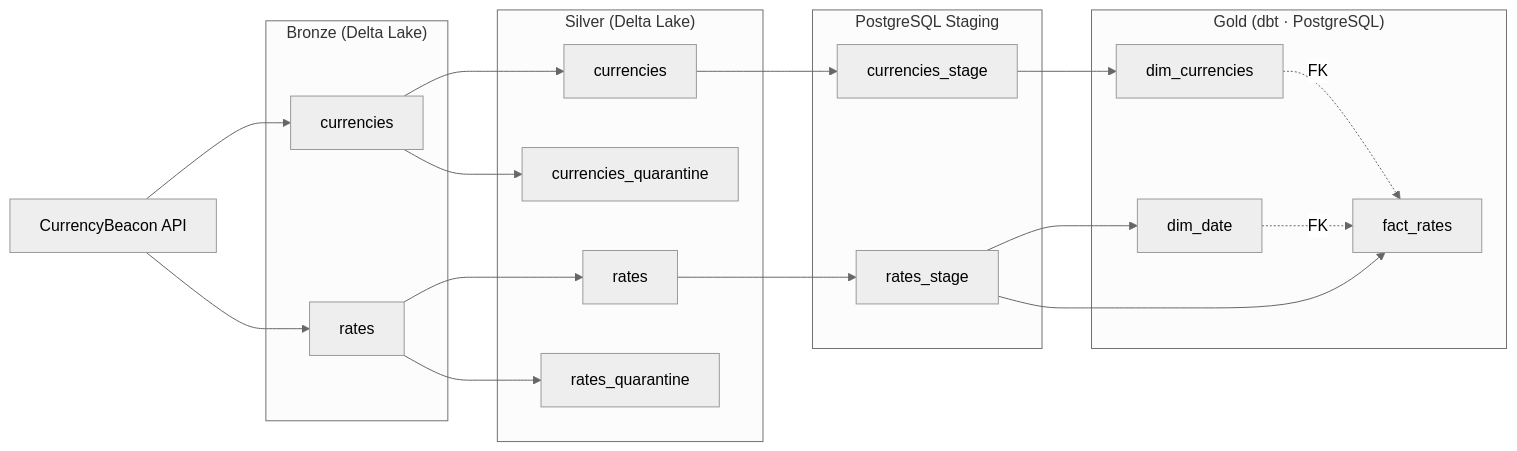
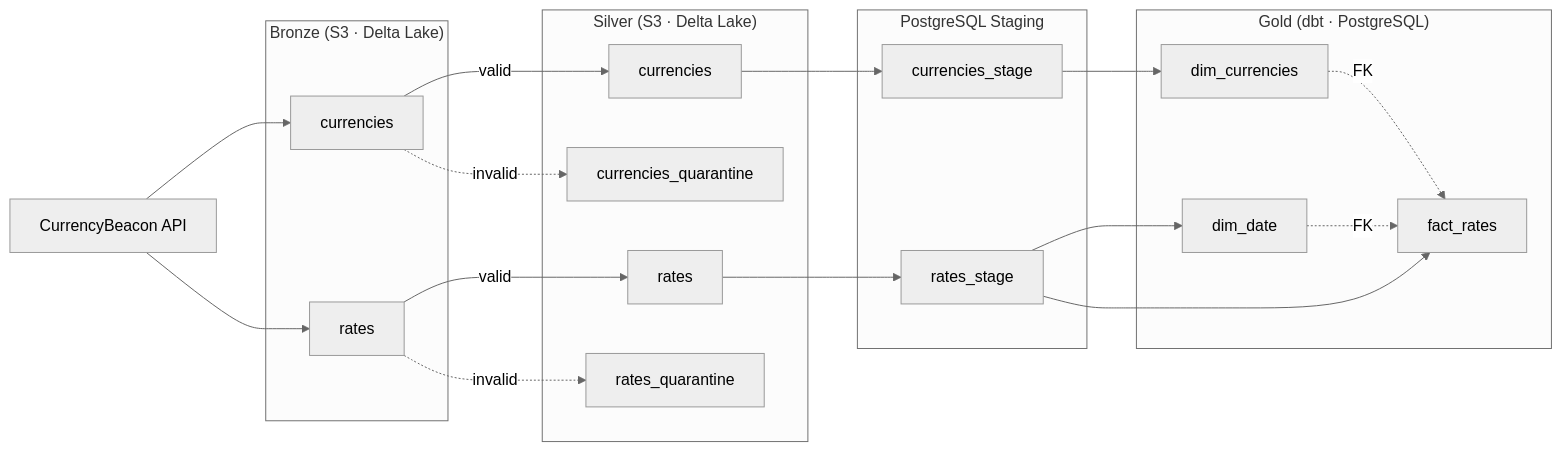
Before and after one commit to TanelS/currency-pipeline: the diagram in diagrams/pipeline.md, drawn with Mermaid (neutral theme). The commit also changed 19 other files, not shown here.

````diff
--- a/diagrams/pipeline.md
+++ b/diagrams/pipeline.md
@@ -3,41 +3,41 @@
 ```mermaid
 flowchart LR
     API["CurrencyBeacon API"]
 
-    subgraph Bronze["Bronze (Delta Lake)"]
+    subgraph Bronze["Bronze (S3 · Delta Lake)"]
         BC[currencies]
         BR[rates]
     end
 
-    subgraph Silver["Silver (Delta Lake)"]
+    subgraph Silver["Silver (S3 · Delta Lake)"]
         SC[currencies]
         SQ1[currencies_quarantine]
         SR[rates]
         SQ2[rates_quarantine]
     end
 
-    subgraph Staging[PostgreSQL Staging]
+    subgraph Staging["PostgreSQL Staging"]
         CS[currencies_stage]
         RS[rates_stage]
     end
 
     subgraph Gold["Gold (dbt · PostgreSQL)"]
         DC[dim_currencies]
         DD[dim_date]
         FR[fact_rates]
     end
 
     API --> BC
     API --> BR
-    BC --> SC
-    BC --> SQ1
-    BR --> SR
-    BR --> SQ2
+    BC -->|valid| SC
+    BC -.->|invalid| SQ1
+    BR -->|valid| SR
+    BR -.->|invalid| SQ2
     SC --> CS
     SR --> RS
     CS --> DC
     RS --> DD
     RS --> FR
     DC -.->|FK| FR
     DD -.->|FK| FR
 ```
````
